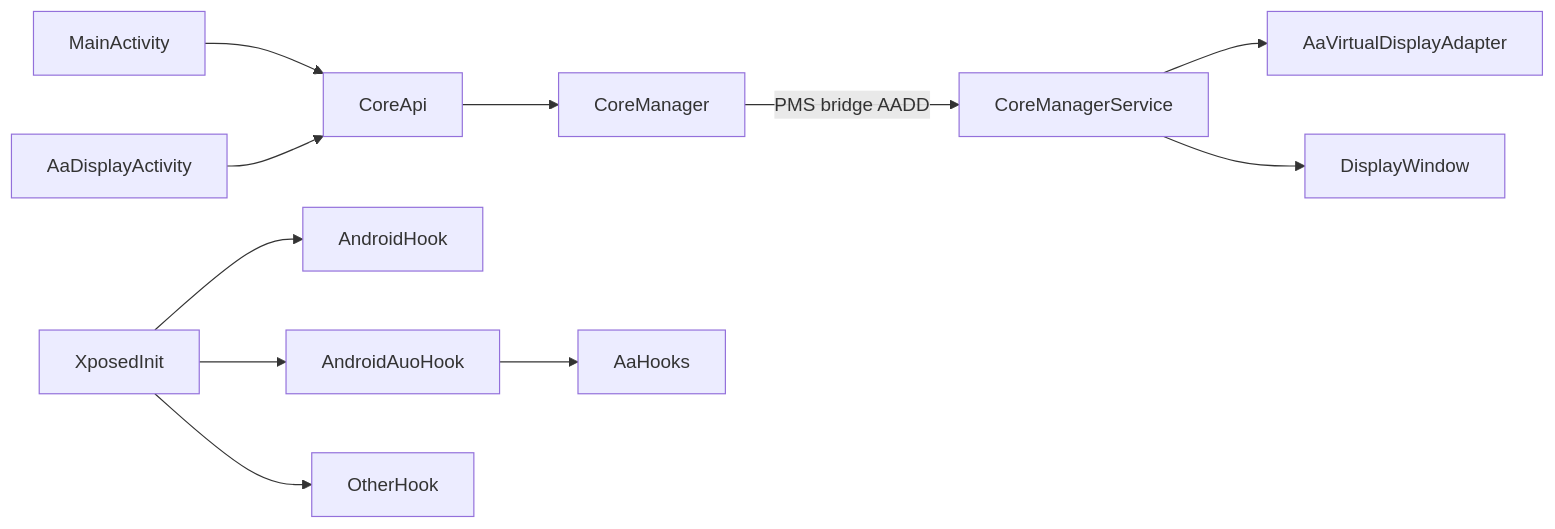
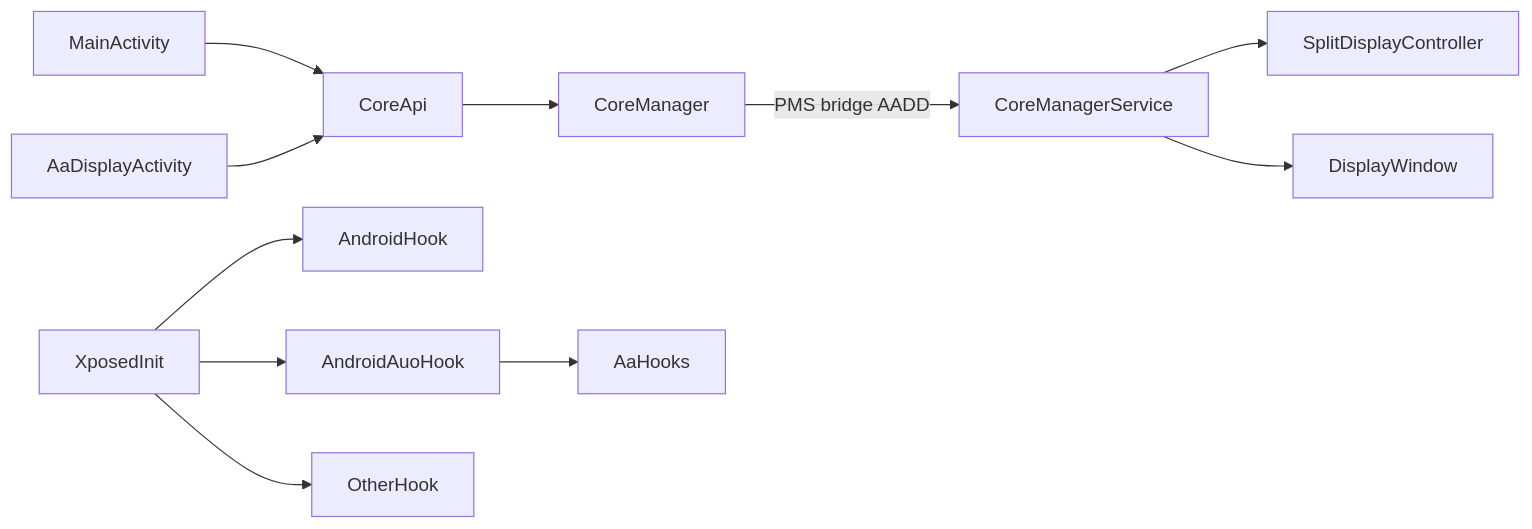
One commit to lagXkjy/AADisplay changed the diagram in AGENTS.md. Above: the diagram before and after it, drawn with Mermaid. The commit also changed other lines of this file and 18 other files, not shown here.

````diff
--- a/AGENTS.md
+++ b/AGENTS.md
@@ -53,13 +53,13 @@
 ```mermaid
 flowchart LR
   XposedInit --> AndroidHook
   XposedInit --> AndroidAuoHook
   XposedInit --> OtherHook
   MainActivity --> CoreApi
   AaDisplayActivity --> CoreApi
   CoreApi --> CoreManager
   CoreManager -->|"PMS bridge AADD"| CoreManagerService
-  CoreManagerService --> AaVirtualDisplayAdapter
+  CoreManagerService --> SplitDisplayController
   CoreManagerService --> DisplayWindow
   AndroidAuoHook --> AaHooks
 ```
````
